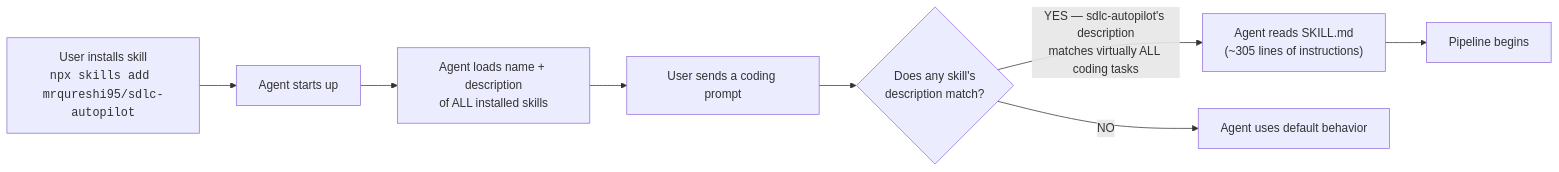
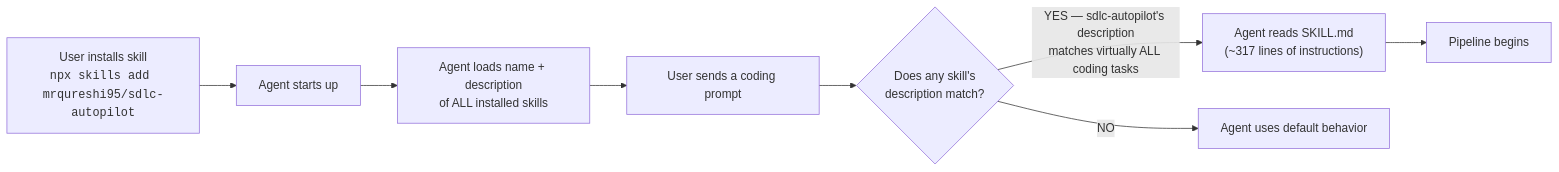
The first of 10 diagrams in GUIDANCE.md (mrqureshi95/sdlc-autopilot), drawn with Mermaid before and after one commit. The commit also changed other lines of this file and 44 other files, not shown here.

````diff
--- a/GUIDANCE.md
+++ b/GUIDANCE.md
@@ -13,10 +13,10 @@
 ```mermaid
 flowchart LR
     A["User installs skill<br/><code>npx skills add mrqureshi95/sdlc-autopilot</code>"] --> B["Agent starts up"]
     B --> C["Agent loads name + description<br/>of ALL installed skills"]
     C --> D["User sends a coding prompt"]
     D --> E{"Does any skill's<br/>description match?"}
-    E -->|"YES — sdlc-autopilot's description<br/>matches virtually ALL coding tasks"| F["Agent reads SKILL.md<br/>(~305 lines of instructions)"]
+    E -->|"YES — sdlc-autopilot's description<br/>matches virtually ALL coding tasks"| F["Agent reads SKILL.md<br/>(~317 lines of instructions)"]
     E -->|NO| G["Agent uses default behavior"]
     F --> H["Pipeline begins"]
 ```
````
